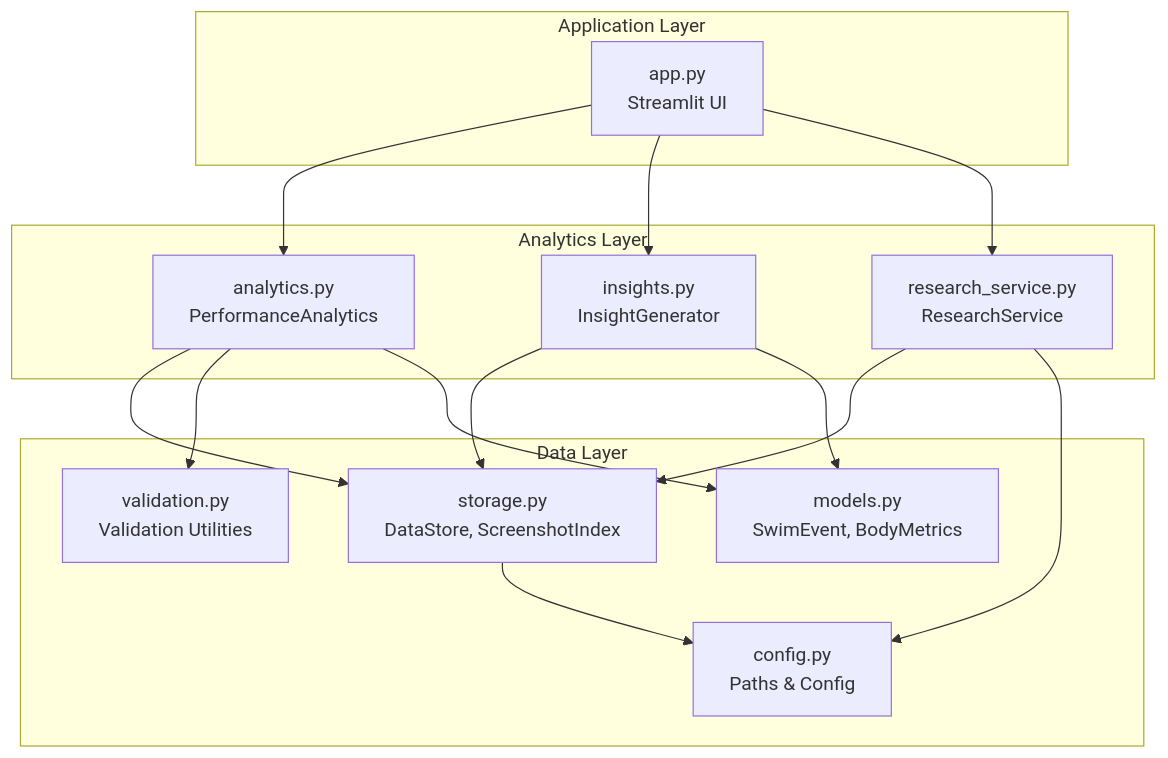
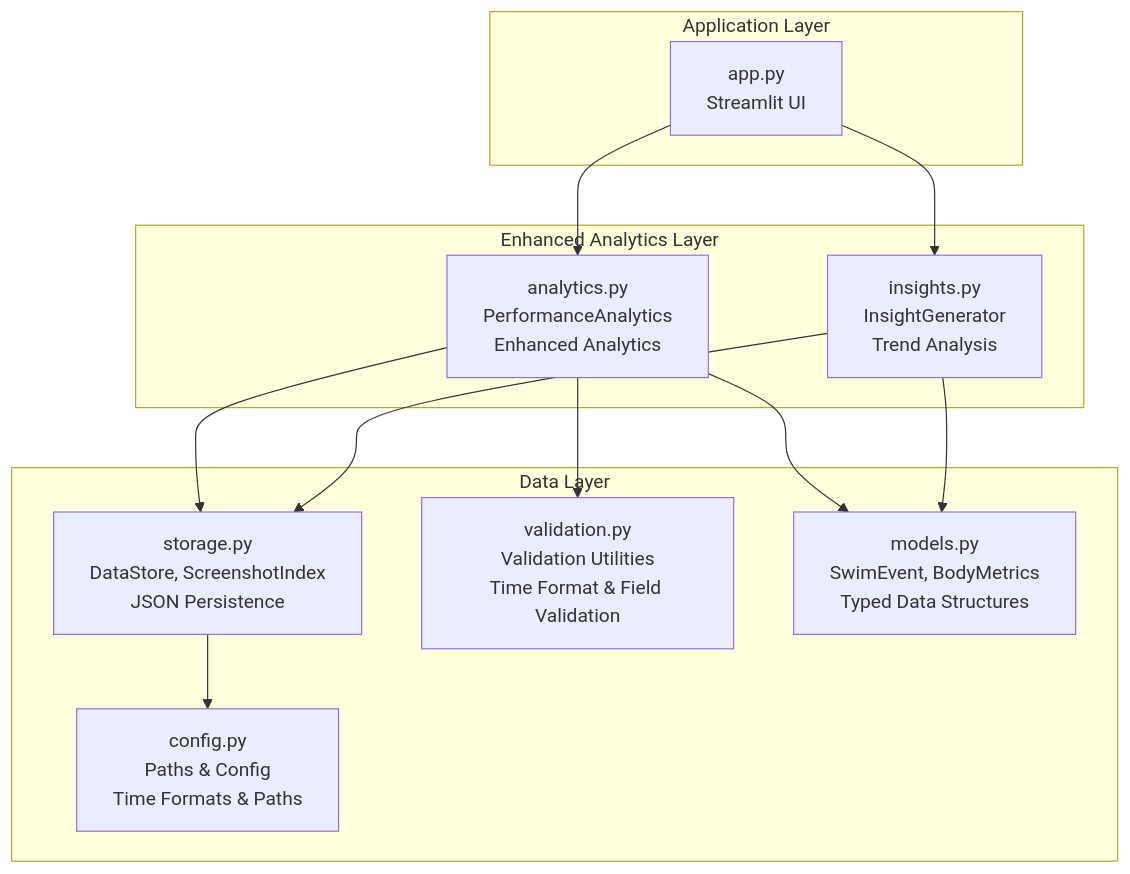
Before and after one commit to Johnny22056/SwimingStatus: the first of 6 diagrams in .qoder/repowiki/en/content/Feature Modules/Analytics Engine.md, drawn with Mermaid. The commit also changed other lines of this file and 8 other files, not shown here.

First line of the commit message:
Add record dedup, insights table layout, clickable screenshot preview, fix Q&A duplicates

````diff
--- a/.qoder/repowiki/en/content/Feature Modules/Analytics Engine.md
+++ b/.qoder/repowiki/en/content/Feature Modules/Analytics Engine.md
@@ -35,28 +42,24 @@
 ```mermaid
 graph TB
 subgraph "Application Layer"
 APP["app.py<br/>Streamlit UI"]
 end
-subgraph "Analytics Layer"
-PA["analytics.py<br/>PerformanceAnalytics"]
-IG["insights.py<br/>InsightGenerator"]
-RS["research_service.py<br/>ResearchService"]
+subgraph "Enhanced Analytics Layer"
+PA["analytics.py<br/>PerformanceAnalytics<br/>Enhanced Analytics"]
+IG["insights.py<br/>InsightGenerator<br/>Trend Analysis"]
 end
 subgraph "Data Layer"
-ST["storage.py<br/>DataStore, ScreenshotIndex"]
-VL["validation.py<br/>Validation Utilities"]
-MD["models.py<br/>SwimEvent, BodyMetrics"]
-CFG["config.py<br/>Paths & Config"]
+ST["storage.py<br/>DataStore, ScreenshotIndex<br/>JSON Persistence"]
+VL["validation.py<br/>Validation Utilities<br/>Time Format & Field Validation"]
+MD["models.py<br/>SwimEvent, BodyMetrics<br/>Typed Data Structures"]
+CFG["config.py<br/>Paths & Config<br/>Time Formats & Paths"]
 end
 APP --> PA
 APP --> IG
-APP --> RS
 PA --> ST
 IG --> ST
-RS --> ST
 PA --> VL
 PA --> MD
 IG --> MD
-RS --> CFG
 ST --> CFG
 ```
````
